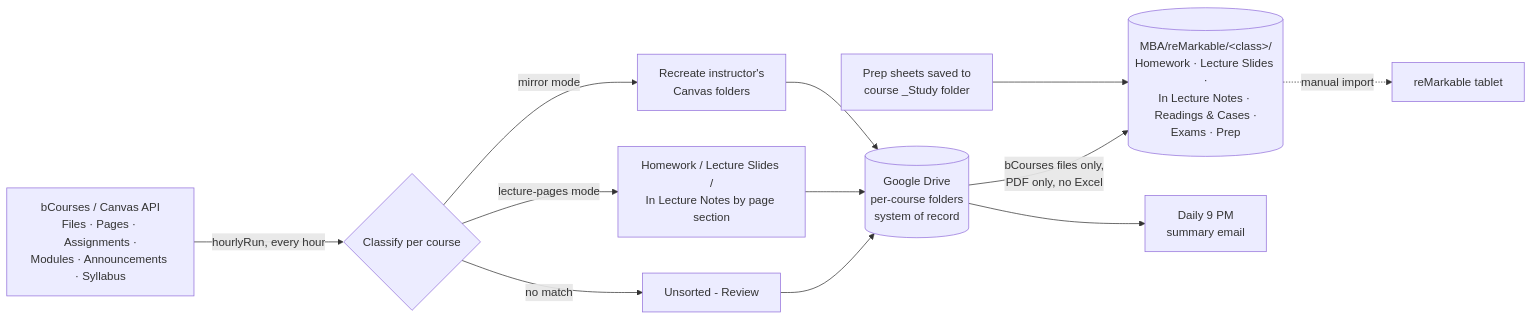
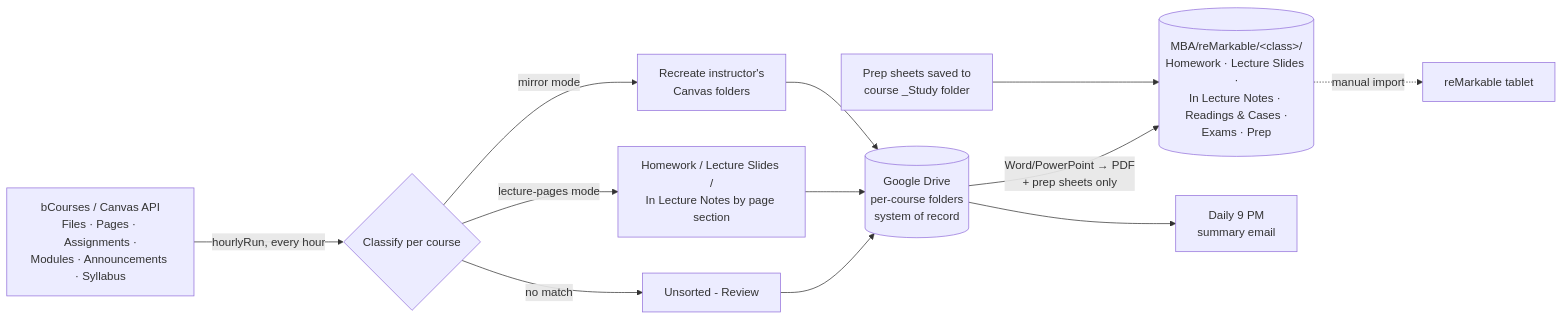
The diagram in README.md (patrickbassett1381/bcourses-to-drive-sync), drawn with Mermaid before and after one commit. The commit also changed other lines of this file and 2 other files, not shown here.

Commit message:
v5.3 + v5.4: slim reMarkable tree to Prep + Office conversions; nightly digest queue

````diff
--- a/README.md
+++ b/README.md
@@ -7,14 +7,14 @@
 ```mermaid
 flowchart LR
     A[bCourses / Canvas API<br/>Files · Pages · Assignments ·<br/>Modules · Announcements · Syllabus] -->|hourlyRun, every hour| B{Classify per course}
     B -->|mirror mode| C[Recreate instructor's<br/>Canvas folders]
     B -->|lecture-pages mode| D[Homework / Lecture Slides /<br/>In Lecture Notes by page section]
     B -->|no match| E[Unsorted - Review]
     C --> F[(Google Drive<br/>per-course folders<br/>system of record)]
     D --> F
     E --> F
     P[Prep sheets saved to<br/>course _Study folder] --> G
-    F -->|bCourses files only,<br/>PDF only, no Excel| G[(MBA/reMarkable/&lt;class&gt;/<br/>Homework · Lecture Slides ·<br/>In Lecture Notes · Readings & Cases ·<br/>Exams · Prep)]
+    F -->|Word/PowerPoint → PDF<br/>+ prep sheets only| G[(MBA/reMarkable/&lt;class&gt;/<br/>Homework · Lecture Slides ·<br/>In Lecture Notes · Readings & Cases ·<br/>Exams · Prep)]
     G -.->|manual import| H[reMarkable tablet]
     F --> M[Daily 9 PM<br/>summary email]
 ```
````
